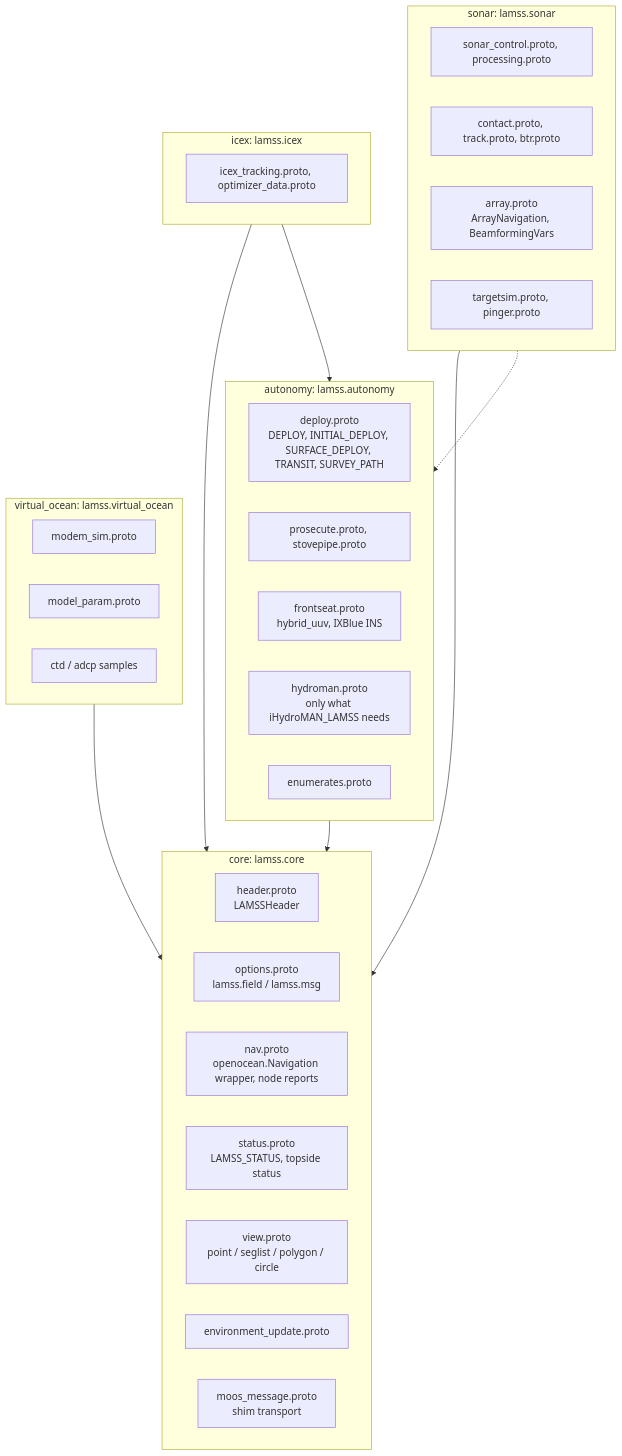
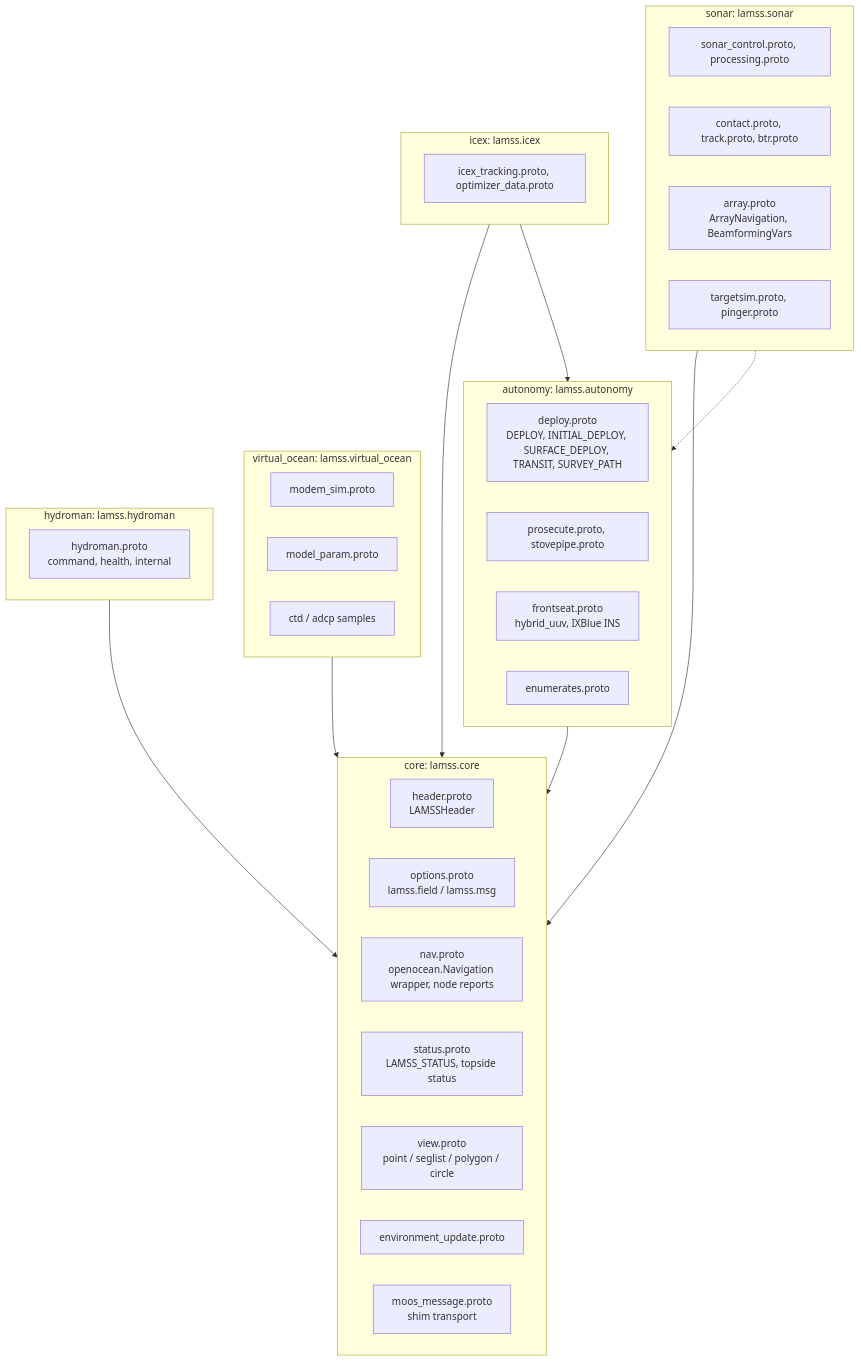
Before and after one commit to GobySoft/lamss3: the first of 2 diagrams in core/src/doc/plan/claude/07-protobuf-split.md, drawn with Mermaid. The commit also changed other lines of this file and 10 other files, not shown here.

First line of the commit message:
Model HydroMAN 3 as a wrapper toolbox

````diff
--- a/core/src/doc/plan/claude/07-protobuf-split.md
+++ b/core/src/doc/plan/claude/07-protobuf-split.md
@@ -26,39 +26,42 @@
 ```mermaid
 flowchart TB
   subgraph core_p [core: lamss.core]
     hdr[header.proto<br/>LAMSSHeader]
     opt[options.proto<br/>lamss.field / lamss.msg]
     nav[nav.proto<br/>openocean.Navigation wrapper, node reports]
     status[status.proto<br/>LAMSS_STATUS, topside status]
     view[view.proto<br/>point / seglist / polygon / circle]
     env[environment_update.proto]
     moos[moos_message.proto<br/>shim transport]
   end
   subgraph auton_p [autonomy: lamss.autonomy]
     deploy[deploy.proto<br/>DEPLOY, INITIAL_DEPLOY, SURFACE_DEPLOY, TRANSIT, SURVEY_PATH]
     pros[prosecute.proto, stovepipe.proto]
     fs[frontseat.proto<br/>hybrid_uuv, IXBlue INS]
-    hm[hydroman.proto<br/>only what iHydroMAN_LAMSS needs]
     enums[enumerates.proto]
   end
   subgraph sonar_p [sonar: lamss.sonar]
     sc[sonar_control.proto, processing.proto]
     ct[contact.proto, track.proto, btr.proto]
     arr[array.proto<br/>ArrayNavigation, BeamformingVars]
     tgt[targetsim.proto, pinger.proto]
   end
   subgraph vo_p [virtual_ocean: lamss.virtual_ocean]
     ms[modem_sim.proto]
     mp[model_param.proto]
     samp[ctd / adcp samples]
   end
+  subgraph hm_p [hydroman: lamss.hydroman]
+    hm[hydroman.proto<br/>command, health, internal]
+  end
   subgraph icex_p [icex: lamss.icex]
     it[icex_tracking.proto, optimizer_data.proto]
   end
   auton_p --> core_p
   sonar_p --> core_p
   vo_p --> core_p
   icex_p --> core_p
   icex_p --> auton_p
+  hm_p --> core_p
   sonar_p -.-> auton_p
 ```
````
